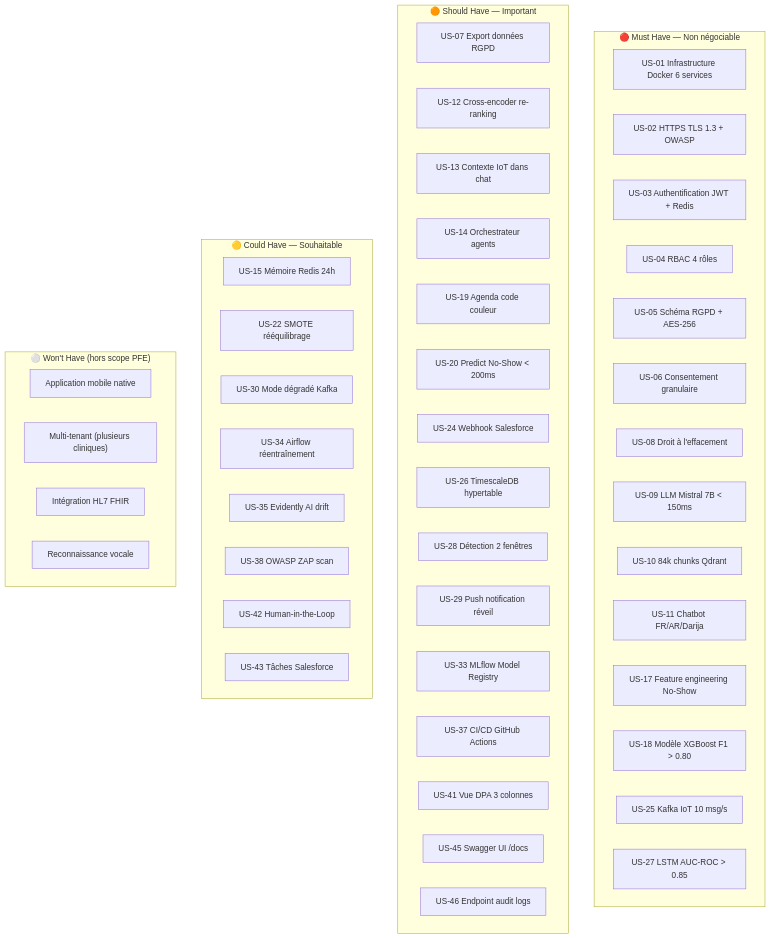
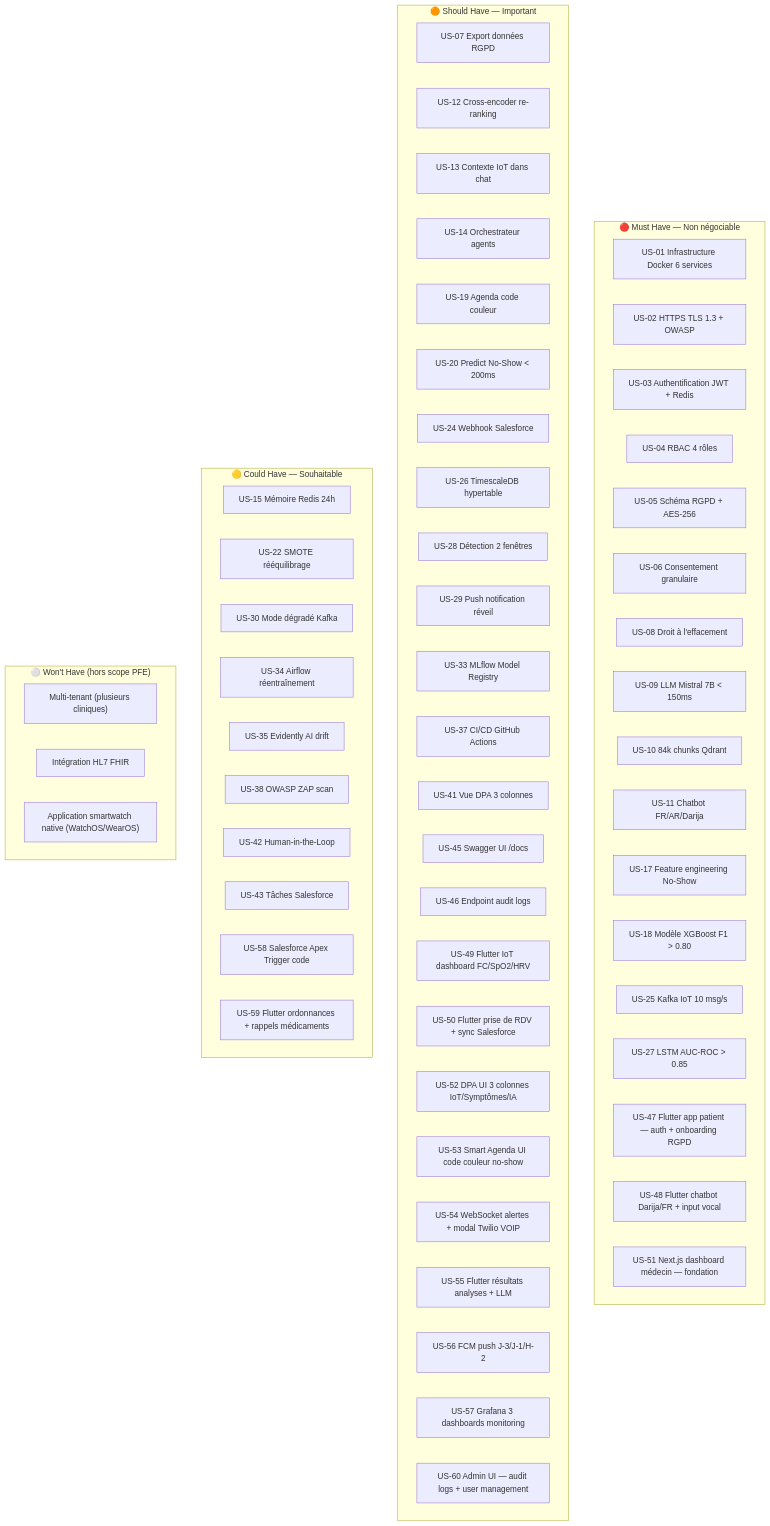
Before and after one commit to Boussyf0/MediSense-AI: the fourth of 21 diagrams in docs/METHODOLOGIE.md, drawn with Mermaid. The commit also changed other lines of this file, not shown here.

First line of the commit message:
feat(backlog): add frontend sprints 9 & 10 + 14 new user stories (US-47→US-60)

````diff
--- a/docs/METHODOLOGIE.md
+++ b/docs/METHODOLOGIE.md
@@ -135,55 +135,68 @@
 ```mermaid
 flowchart TB
     subgraph MUST["🔴 Must Have — Non négociable"]
         M1["US-01 Infrastructure Docker 6 services"]
         M2["US-02 HTTPS TLS 1.3 + OWASP"]
         M3["US-03 Authentification JWT + Redis"]
         M4["US-04 RBAC 4 rôles"]
         M5["US-05 Schéma RGPD + AES-256"]
         M6["US-06 Consentement granulaire"]
         M7["US-08 Droit à l'effacement"]
         M8["US-09 LLM Mistral 7B < 150ms"]
         M9["US-10 84k chunks Qdrant"]
         M10["US-11 Chatbot FR/AR/Darija"]
         M11["US-17 Feature engineering No-Show"]
         M12["US-18 Modèle XGBoost F1 > 0.80"]
         M13["US-25 Kafka IoT 10 msg/s"]
         M14["US-27 LSTM AUC-ROC > 0.85"]
+        M15["US-47 Flutter app patient — auth + onboarding RGPD"]
+        M16["US-48 Flutter chatbot Darija/FR + input vocal"]
+        M17["US-51 Next.js dashboard médecin — fondation"]
     end
 
     subgraph SHOULD["🟠 Should Have — Important"]
         S1["US-07 Export données RGPD"]
         S2["US-12 Cross-encoder re-ranking"]
         S3["US-13 Contexte IoT dans chat"]
         S4["US-14 Orchestrateur agents"]
         S5["US-19 Agenda code couleur"]
         S6["US-20 Predict No-Show < 200ms"]
         S7["US-24 Webhook Salesforce"]
         S8["US-26 TimescaleDB hypertable"]
         S9["US-28 Détection 2 fenêtres"]
         S10["US-29 Push notification réveil"]
         S11["US-33 MLflow Model Registry"]
         S12["US-37 CI/CD GitHub Actions"]
         S13["US-41 Vue DPA 3 colonnes"]
         S14["US-45 Swagger UI /docs"]
         S15["US-46 Endpoint audit logs"]
+        S16["US-49 Flutter IoT dashboard FC/SpO2/HRV"]
+        S17["US-50 Flutter prise de RDV + sync Salesforce"]
+        S18["US-52 DPA UI 3 colonnes IoT/Symptômes/IA"]
+        S19["US-53 Smart Agenda UI code couleur no-show"]
+        S20["US-54 WebSocket alertes + modal Twilio VOIP"]
+        S21["US-55 Flutter résultats analyses + LLM"]
+        S22["US-56 FCM push J-3/J-1/H-2"]
+        S23["US-57 Grafana 3 dashboards monitoring"]
+        S24["US-60 Admin UI — audit logs + user management"]
     end
 
     subgraph COULD["🟡 Could Have — Souhaitable"]
         C1["US-15 Mémoire Redis 24h"]
         C2["US-22 SMOTE rééquilibrage"]
         C3["US-30 Mode dégradé Kafka"]
         C4["US-34 Airflow réentraînement"]
         C5["US-35 Evidently AI drift"]
         C6["US-38 OWASP ZAP scan"]
         C7["US-42 Human-in-the-Loop"]
         C8["US-43 Tâches Salesforce"]
+        C9["US-58 Salesforce Apex Trigger code"]
+        C10["US-59 Flutter ordonnances + rappels médicaments"]
     end
 
     subgraph WONT["⚪ Won't Have (hors scope PFE)"]
-        W1["Application mobile native"]
-        W2["Multi-tenant (plusieurs cliniques)"]
-        W3["Intégration HL7 FHIR"]
-        W4["Reconnaissance vocale"]
+        W1["Multi-tenant (plusieurs cliniques)"]
+        W2["Intégration HL7 FHIR"]
+        W3["Application smartwatch native (WatchOS/WearOS)"]
     end
 ```
````
